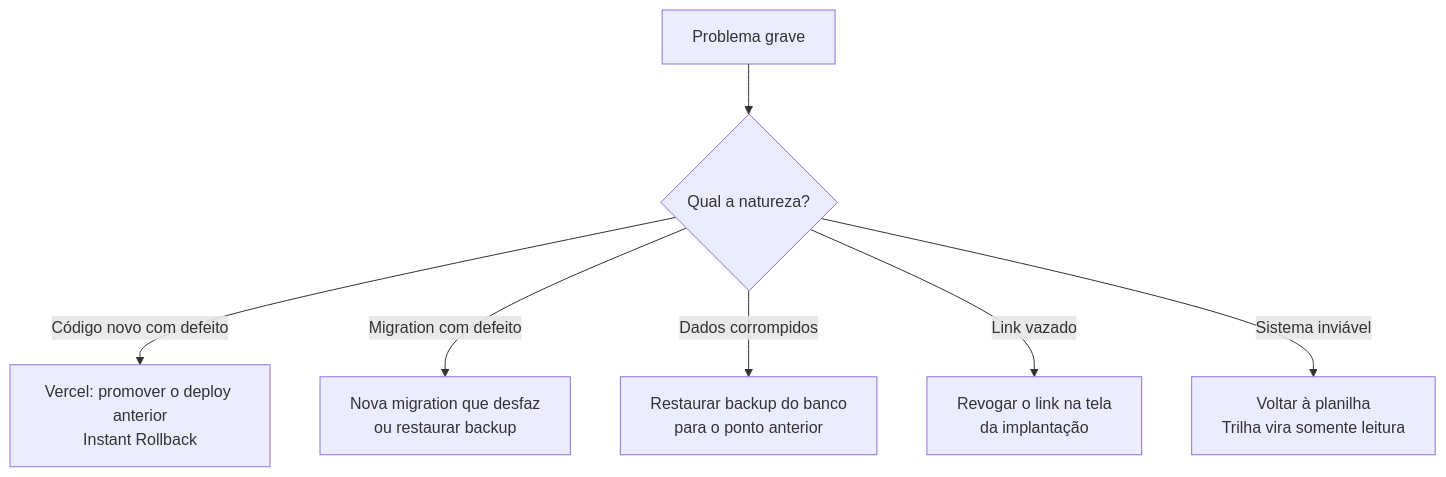
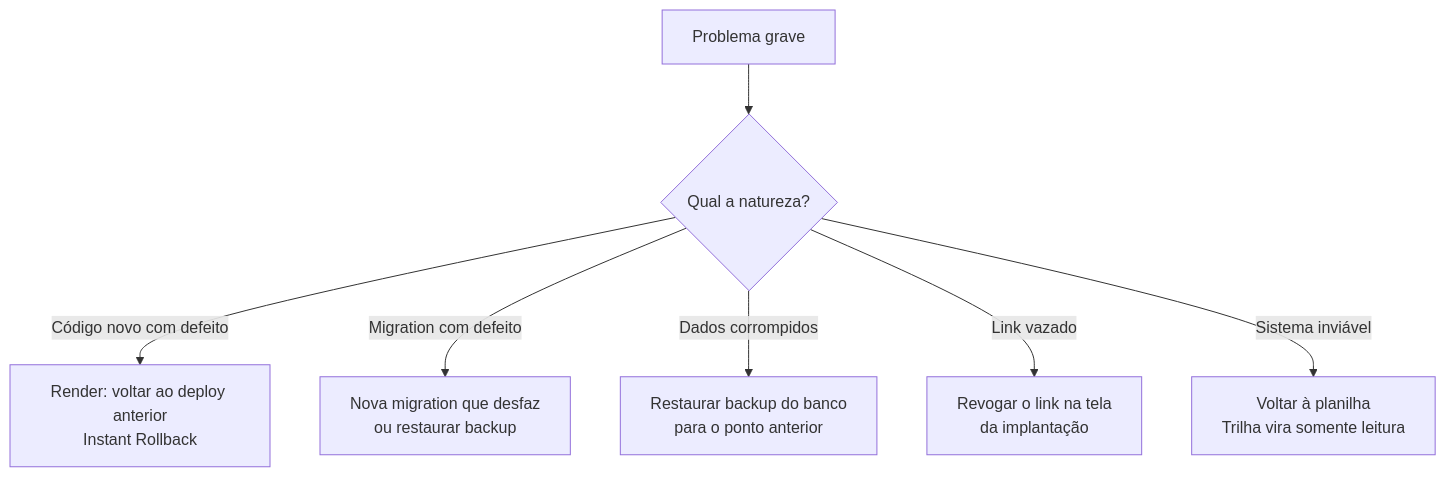
The diagram in docs/06-deploy-e-go-live/02-checklist-go-live-e-rollback.md (Joaogabrielmaia/Customer-onboarding-platform), drawn with Mermaid before and after one commit. The commit also changed other lines of this file and 24 other files, not shown here.

First line of the commit message:
chore(deploy): prepara o deploy na Render com Blueprint, bootstrap do primeiro admin e guia

````diff
--- a/docs/06-deploy-e-go-live/02-checklist-go-live-e-rollback.md
+++ b/docs/06-deploy-e-go-live/02-checklist-go-live-e-rollback.md
@@ -44,9 +44,9 @@
 ```mermaid
 flowchart TD
     P[Problema grave] --> Q{Qual a natureza?}
-    Q -->|Código novo com defeito| A[Vercel: promover o deploy anterior<br/>Instant Rollback]
+    Q -->|Código novo com defeito| A[Render: voltar ao deploy anterior<br/>Instant Rollback]
     Q -->|Migration com defeito| B[Nova migration que desfaz<br/>ou restaurar backup]
     Q -->|Dados corrompidos| C[Restaurar backup do banco<br/>para o ponto anterior]
     Q -->|Link vazado| D[Revogar o link na tela<br/>da implantação]
     Q -->|Sistema inviável| E[Voltar à planilha<br/>Trilha vira somente leitura]
 ```
````
